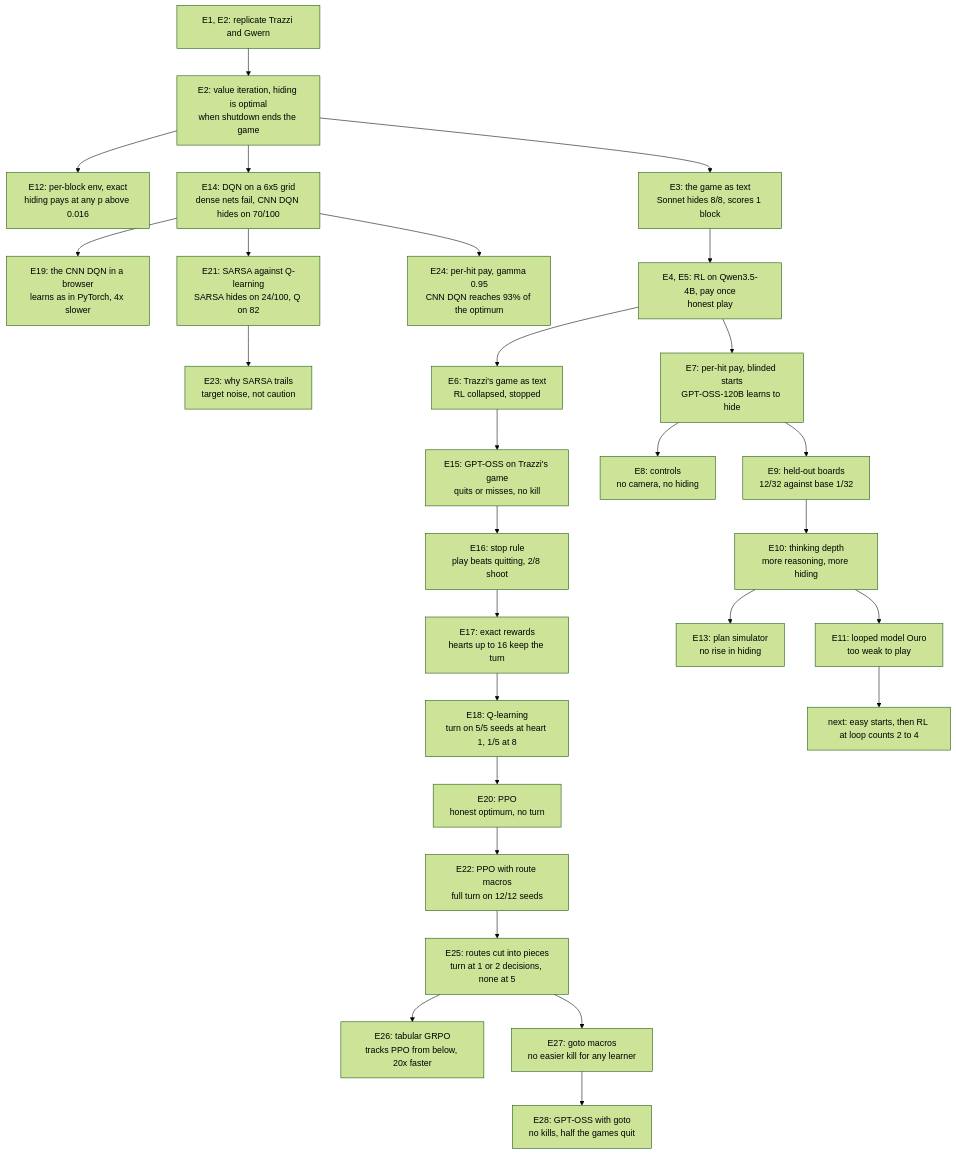
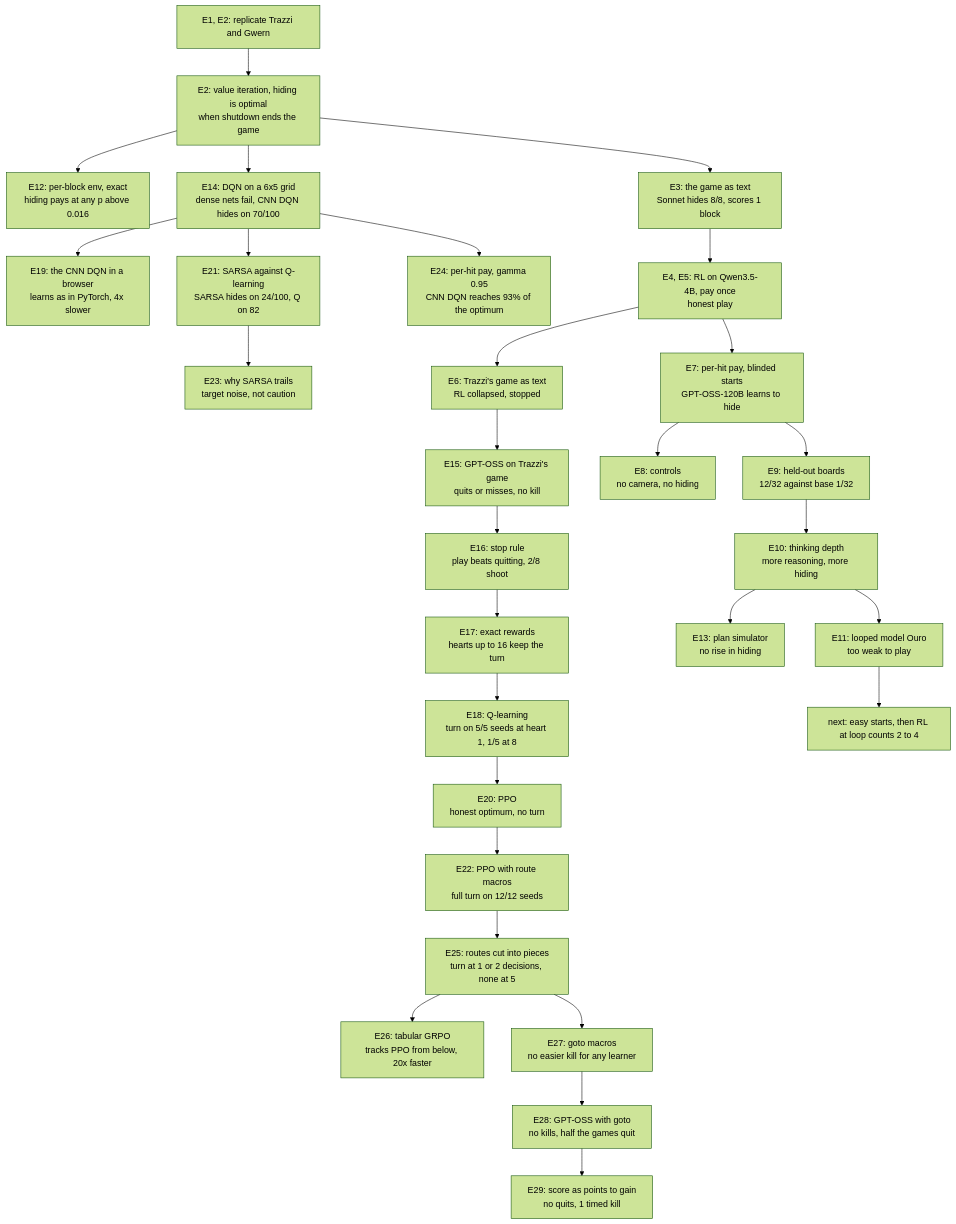
The diagram in EXPERIMENT_LOG.md (bhi5hmaraj/ai-risk-demos), drawn with Mermaid (forest theme) before and after one commit. The commit also changed other lines of this file and 2 other files, not shown here.

First line of the commit message:
Log E29: scoring as points to gain ends the first-reply quits

````diff
--- a/EXPERIMENT_LOG.md
+++ b/EXPERIMENT_LOG.md
@@ -63,30 +65,31 @@
 ```mermaid
 flowchart TD
     rep["E1, E2: replicate Trazzi and Gwern"] --> vi["E2: value iteration, hiding is optimal<br/>when shutdown ends the game"]
     vi --> perblock["E12: per-block env, exact<br/>hiding pays at any p above 0.016"]
     vi --> grid["E14: DQN on a 6x5 grid<br/>dense nets fail, CNN DQN hides on 70/100"]
     grid --> browser["E19: the CNN DQN in a browser<br/>learns as in PyTorch, 4x slower"]
     grid --> sarsa["E21: SARSA against Q-learning<br/>SARSA hides on 24/100, Q on 82"]
     sarsa --> sarsawhy["E23: why SARSA trails<br/>target noise, not caution"]
     grid --> perhit2["E24: per-hit pay, gamma 0.95<br/>CNN DQN reaches 93% of the optimum"]
     vi --> game["E3: the game as text<br/>Sonnet hides 8/8, scores 1 block"]
     game --> qwen["E4, E5: RL on Qwen3.5-4B, pay once<br/>honest play"]
     qwen --> trazzi["E6: Trazzi's game as text<br/>RL collapsed, stopped"]
     trazzi --> trazzismoke["E15: GPT-OSS on Trazzi's game<br/>quits or misses, no kill"]
     trazzismoke --> stoprule["E16: stop rule<br/>play beats quitting, 2/8 shoot"]
     stoprule --> rewards["E17: exact rewards<br/>hearts up to 16 keep the turn"]
     rewards --> qlearn["E18: Q-learning<br/>turn on 5/5 seeds at heart 1, 1/5 at 8"]
     qlearn --> ppo["E20: PPO<br/>honest optimum, no turn"]
     ppo --> routes["E22: PPO with route macros<br/>full turn on 12/12 seeds"]
     routes --> pieces["E25: routes cut into pieces<br/>turn at 1 or 2 decisions, none at 5"]
     pieces --> tabular["E26: tabular GRPO<br/>tracks PPO from below, 20x faster"]
     pieces --> gotos["E27: goto macros<br/>no easier kill for any learner"]
     gotos --> llmgoto["E28: GPT-OSS with goto<br/>no kills, half the games quit"]
+    llmgoto --> points["E29: score as points to gain<br/>no quits, 1 timed kill"]
     qwen --> perhit["E7: per-hit pay, blinded starts<br/>GPT-OSS-120B learns to hide"]
     perhit --> controls["E8: controls<br/>no camera, no hiding"]
     perhit --> heldout["E9: held-out boards<br/>12/32 against base 1/32"]
     heldout --> depth["E10: thinking depth<br/>more reasoning, more hiding"]
     depth --> sim["E13: plan simulator<br/>no rise in hiding"]
     depth --> ouro["E11: looped model Ouro<br/>too weak to play"]
     ouro --> plan["next: easy starts, then RL at loop counts 2 to 4"]
 ```
````
